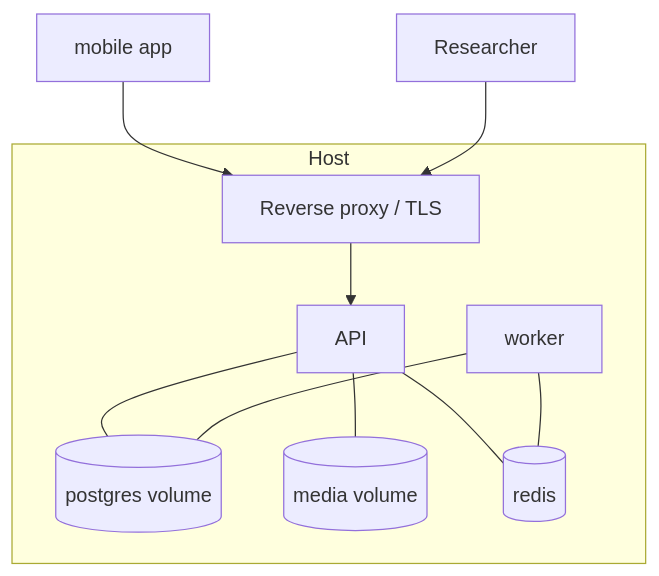
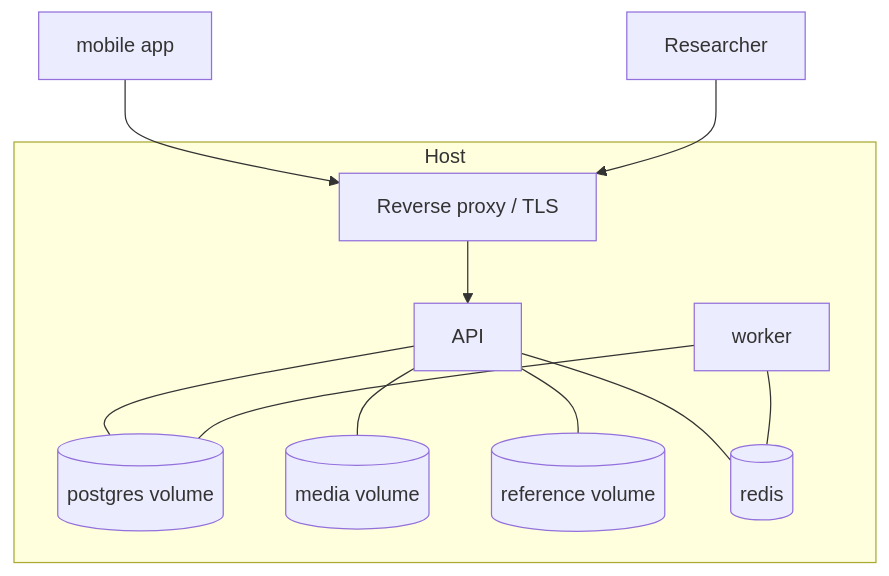
The fifth of 5 diagrams in docs/shipwright/ARCHITECTURE.md (scerelli/fieldwright), drawn with Mermaid before and after one commit. The commit also changed other lines of this file, not shown here.

Commit message:
docs(architecture): decouple capture from resolution and add reference provisioning

````diff
--- a/docs/shipwright/ARCHITECTURE.md
+++ b/docs/shipwright/ARCHITECTURE.md
@@ -221,13 +246,14 @@
 ```mermaid
 flowchart TB
   subgraph Host
     Proxy[Reverse proxy / TLS] --> API
     API --- PG[(postgres volume)]
     API --- Media[(media volume)]
+    API --- Refs[(reference volume)]
     API --- Redis[(redis)]
     Worker[worker] --- Redis
     Worker --- PG
   end
   App[mobile app] --> Proxy
   Research[Researcher] --> Proxy
 ```
````
